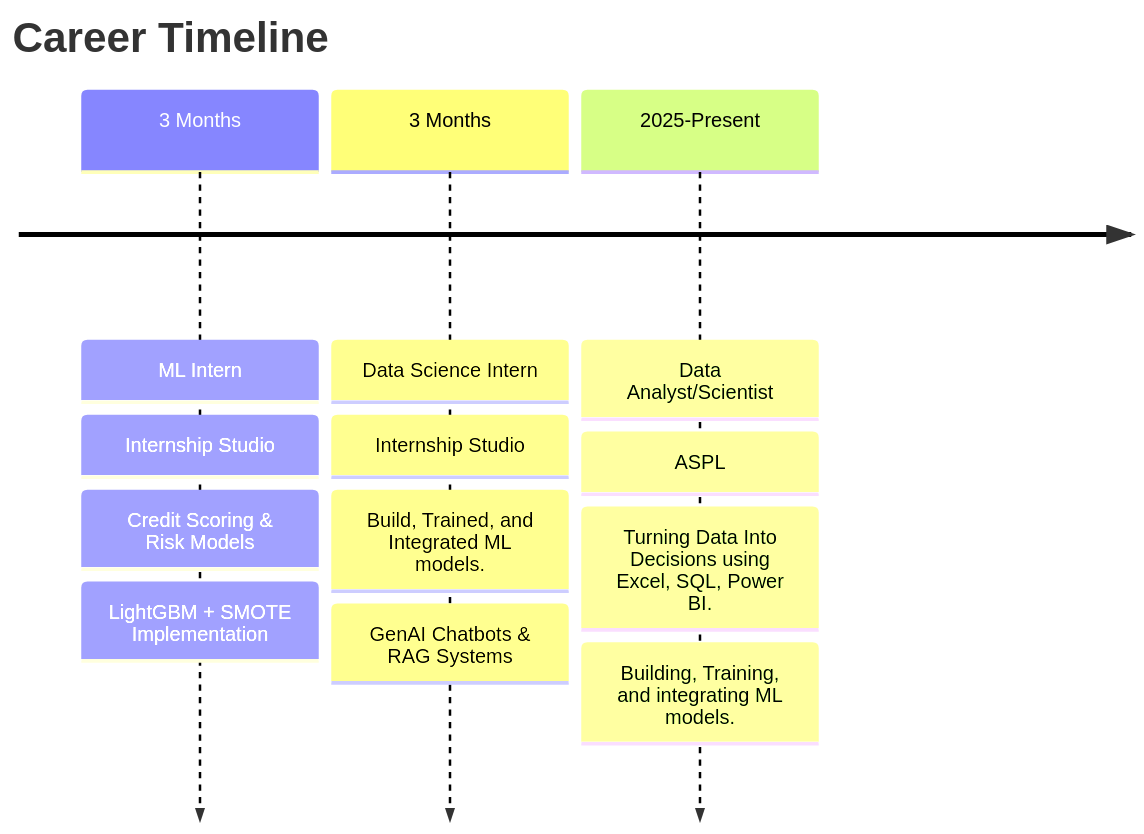
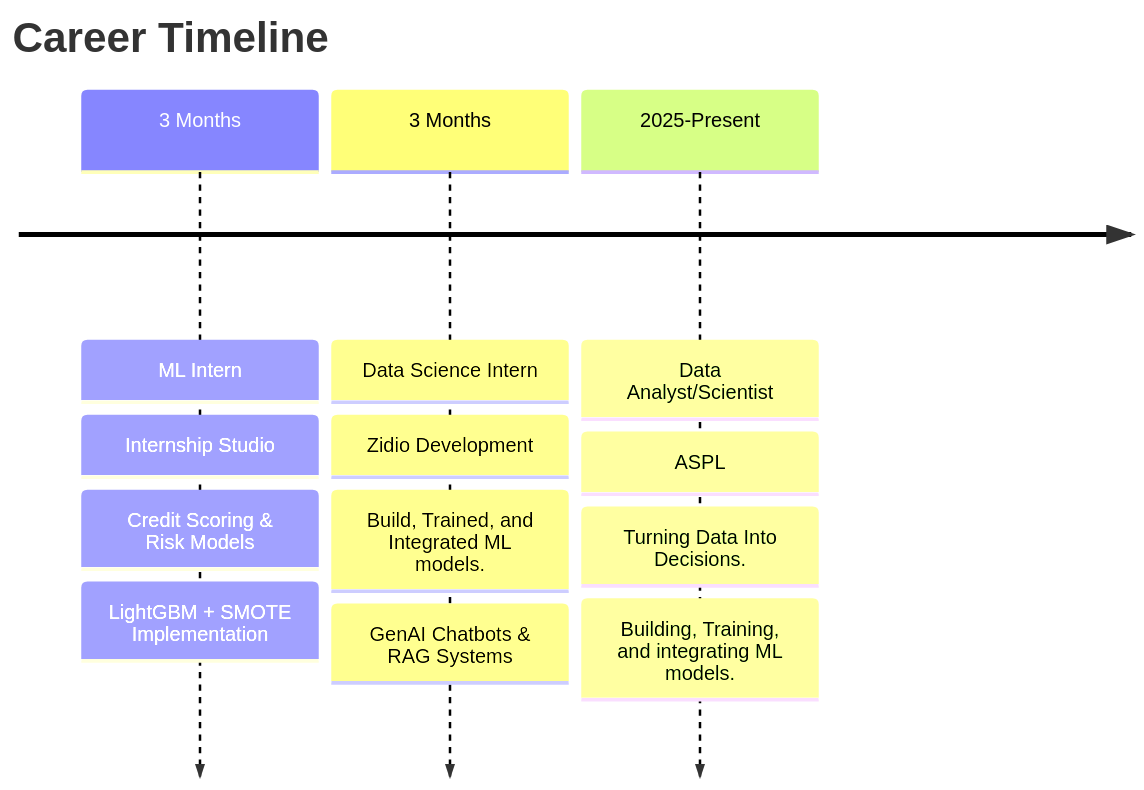
Before and after one commit to iamakashjha/iamakashjha: the diagram in README.md, drawn with Mermaid. The commit also changed other lines of this file, not shown here.

Commit message:
Revise job experience and contact section in README
Updated internship details and simplified job descriptions.

````diff
--- a/README.md
+++ b/README.md
@@ -189,19 +189,19 @@
 ```mermaid
 timeline
     title Career Timeline
     
      3 Months : ML Intern
               : Internship Studio
               : Credit Scoring & Risk Models
               : LightGBM + SMOTE Implementation
     
      3 Months : Data Science Intern
-              : Internship Studio
+              : Zidio Development
               : Build, Trained, and Integrated ML models.
               : GenAI Chatbots & RAG Systems
     
     2025-Present : Data Analyst/Scientist
                  : ASPL
-                 : Turning Data Into Decisions using Excel, SQL, Power BI.
+                 : Turning Data Into Decisions.
                  : Building, Training, and integrating ML models.
 ```
````
